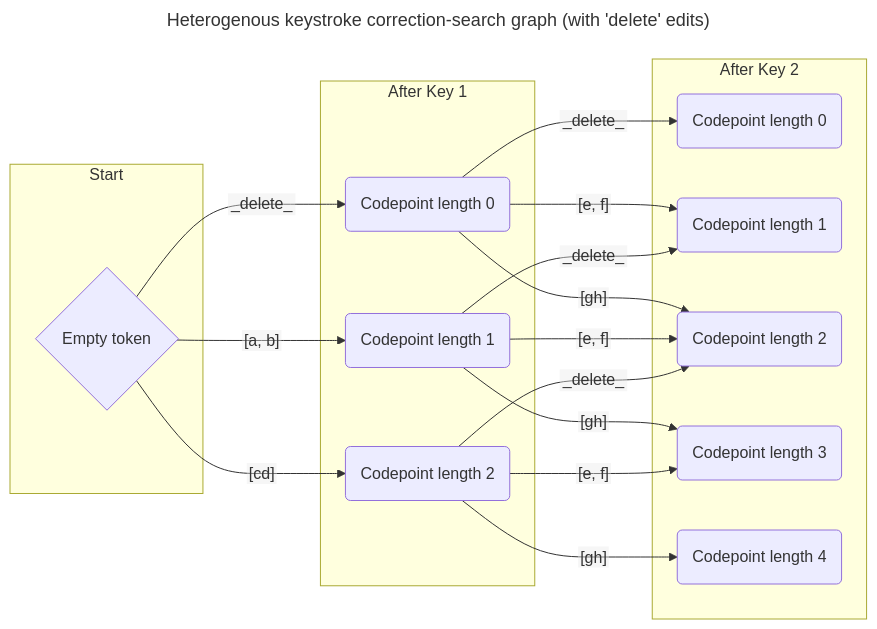
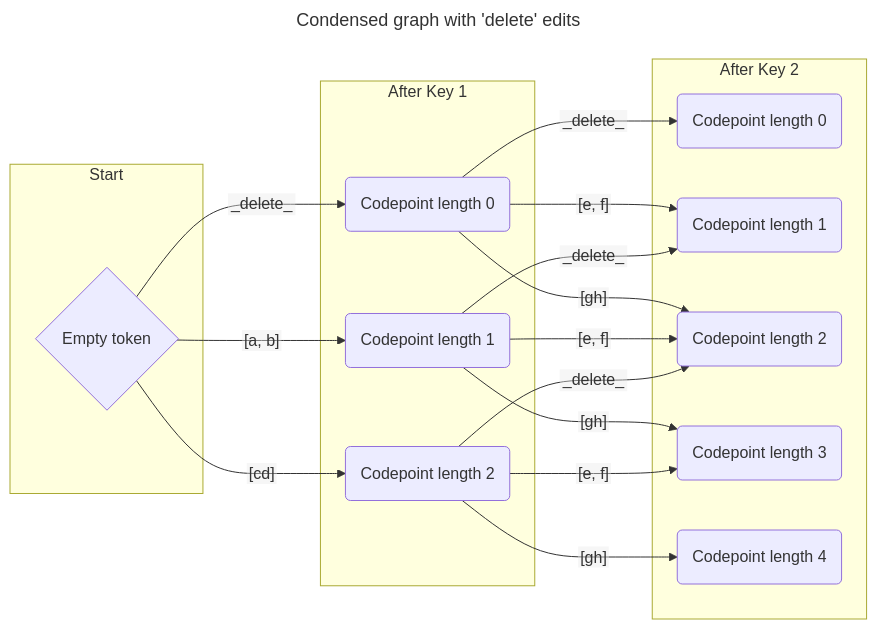
The sixth of 8 diagrams in web/src/engine/predictive-text/worker-thread/docs/correction-search-graph.md (keymanapp/keyman), drawn with Mermaid before and after one commit. The commit also changed other lines of this file, not shown here.

Commit message:
docs(web): completes first draft of the alternate approach for correction-search documentation

````diff
--- a/web/src/engine/predictive-text/worker-thread/docs/correction-search-graph.md
+++ b/web/src/engine/predictive-text/worker-thread/docs/correction-search-graph.md
@@ -549,32 +557,32 @@
 ```mermaid
 ---
-title: Heterogenous keystroke correction-search graph (with 'delete' edits)
+title: Condensed graph with 'delete' edits
 config:
   flowchart:
     htmlLabels: false
 ---
 flowchart LR;
     subgraph Start
         start{Empty token}
     end
 
     subgraph After Key 1
         start -- _delete_ --> K1C0(Codepoint length 0)
         start -- [a, b] --> K1C1(Codepoint length 1)
         start -- [cd] --> K1C2(Codepoint length 2)
     end
 
     subgraph After Key 2
         K1C0 -- _delete_ --> K2C0(Codepoint length 0)
         K1C0 -- [e, f] --> K2C1(Codepoint length 1)
         K1C0 -- [gh] --> K2C2(Codepoint length 2)
 
         K1C1 -- _delete_ --> K2C1
         K1C1 -- [e, f] --> K2C2
         K1C1 -- [gh] --> K2C3(Codepoint length 3)
 
         K1C2 -- _delete_ --> K2C2
         K1C2 -- [e, f] --> K2C3
         K1C2 -- [gh] --> K2C4(Codepoint length 4)
     end
 ```
````
